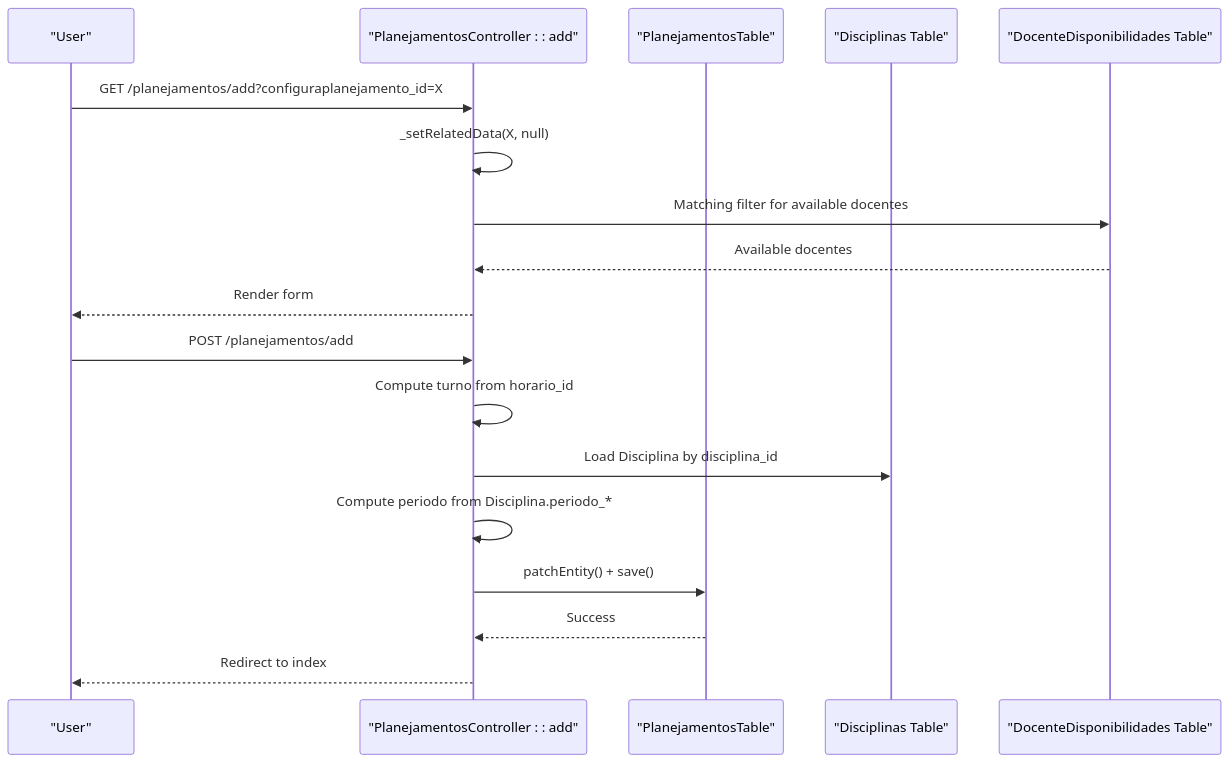
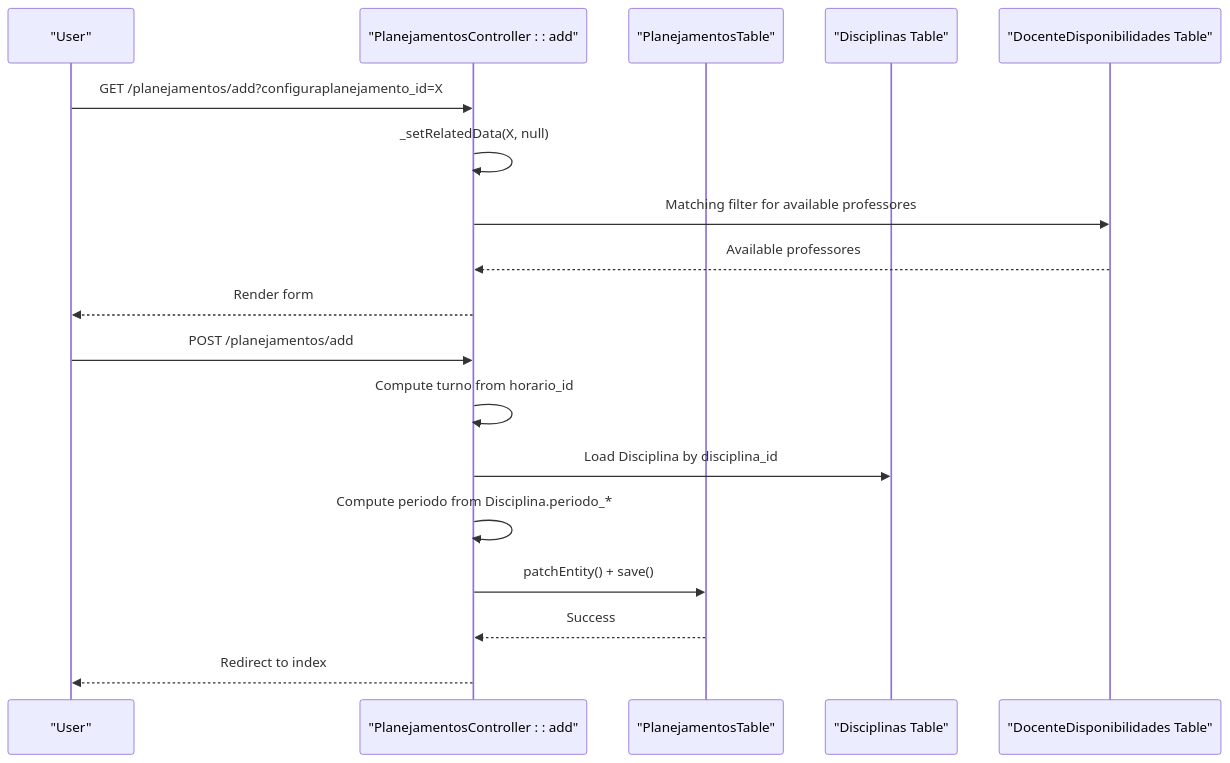
One commit to luiseduacosta/planejamento5 changed the eighth of 11 diagrams in .qoder/repowiki/en/content/Project Overview/Core Features Overview/Academic Planning Management/Academic Planning Management.md. Above: the diagram before and after it, drawn with Mermaid. The commit also changed other lines of this file and 37 other files, not shown here.

Commit message:
repowiki: rename Docentes → Professores in metadata

````diff
--- a/.qoder/repowiki/en/content/Project Overview/Core Features Overview/Academic Planning Management/Academic Planning Management.md
+++ b/.qoder/repowiki/en/content/Project Overview/Core Features Overview/Academic Planning Management/Academic Planning Management.md
@@ -331,20 +331,20 @@
 ```mermaid
 sequenceDiagram
 participant U as "User"
 participant C as "PlanejamentosController : : add"
 participant T as "PlanejamentosTable"
 participant D as "Disciplinas Table"
 participant DD as "DocenteDisponibilidades Table"
 U->>C : GET /planejamentos/add?configuraplanejamento_id=X
 C->>C : _setRelatedData(X, null)
-C->>DD : Matching filter for available docentes
-DD-->>C : Available docentes
+C->>DD : Matching filter for available professores
+DD-->>C : Available professores
 C-->>U : Render form
 U->>C : POST /planejamentos/add
 C->>C : Compute turno from horario_id
 C->>D : Load Disciplina by disciplina_id
 C->>C : Compute periodo from Disciplina.periodo_*
 C->>T : patchEntity() + save()
 T-->>C : Success
 C-->>U : Redirect to index
 ```
````
